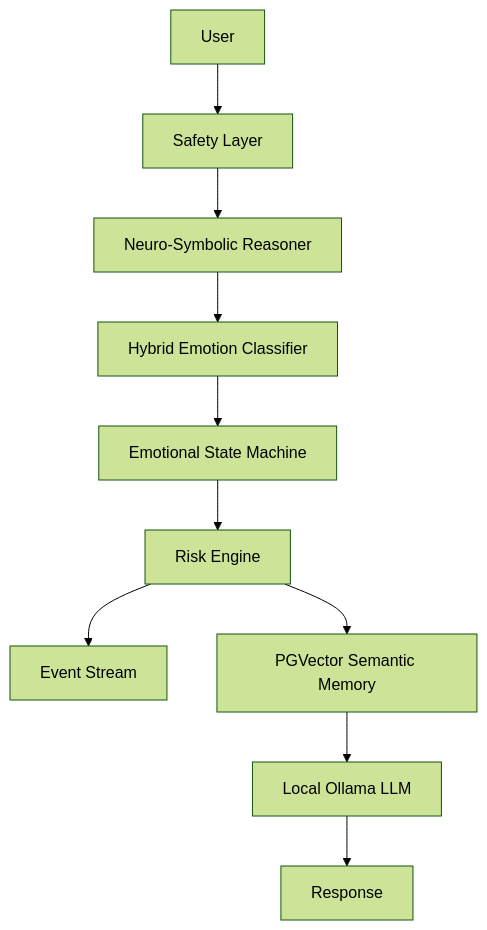
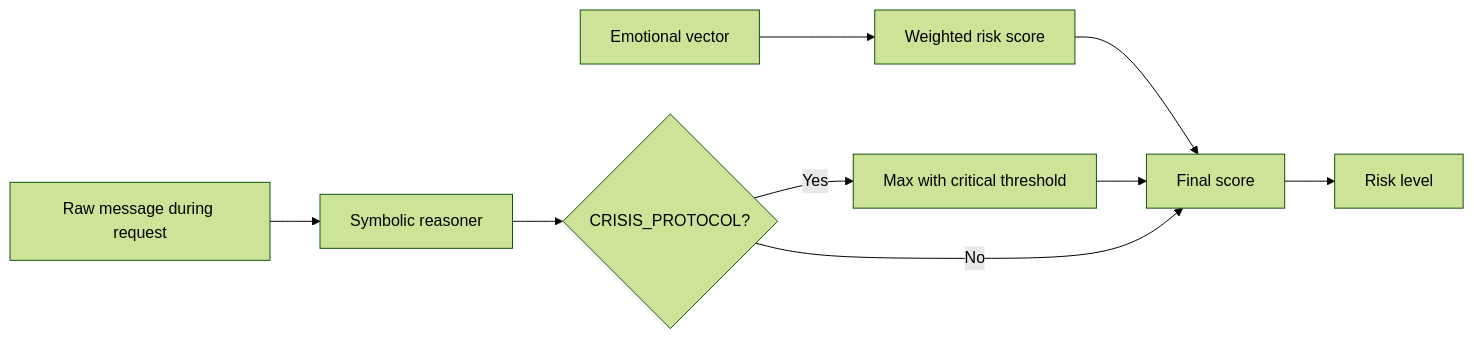
One commit to LordZeusIsBack/musical-sniffle changed the second of 2 diagrams in docs/neuro_symbolic_reasoning.md. Above: the diagram before and after it, drawn with Mermaid (forest theme). The commit also changed other lines of this file, not shown here.

First line of the commit message:
docs: define neuro-symbolic inference engine and rules

````diff
--- a/docs/neuro_symbolic_reasoning.md
+++ b/docs/neuro_symbolic_reasoning.md
@@ -5,12 +81,11 @@
 ```mermaid
-graph TD
-User --> Safety[Safety Layer]
-Safety --> Reasoner[Neuro-Symbolic Reasoner]
-Reasoner --> Emotion[Hybrid Emotion Classifier]
-Emotion --> State[Emotional State Machine]
-State --> Risk[Risk Engine]
-Risk --> Events[Event Stream]
-Risk --> Memory[PGVector Semantic Memory]
-Memory --> LLM[Local Ollama LLM]
-LLM --> Response
+flowchart LR
+    Vector[Emotional vector] --> Score[Weighted risk score]
+    Message[Raw message during request] --> Symbolic[Symbolic reasoner]
+    Symbolic --> Conclusion{CRISIS_PROTOCOL?}
+    Score --> Combine[Final score]
+    Conclusion -->|Yes| Raise[Max with critical threshold]
+    Raise --> Combine
+    Conclusion -->|No| Combine
+    Combine --> Level[Risk level]
 ```
````
